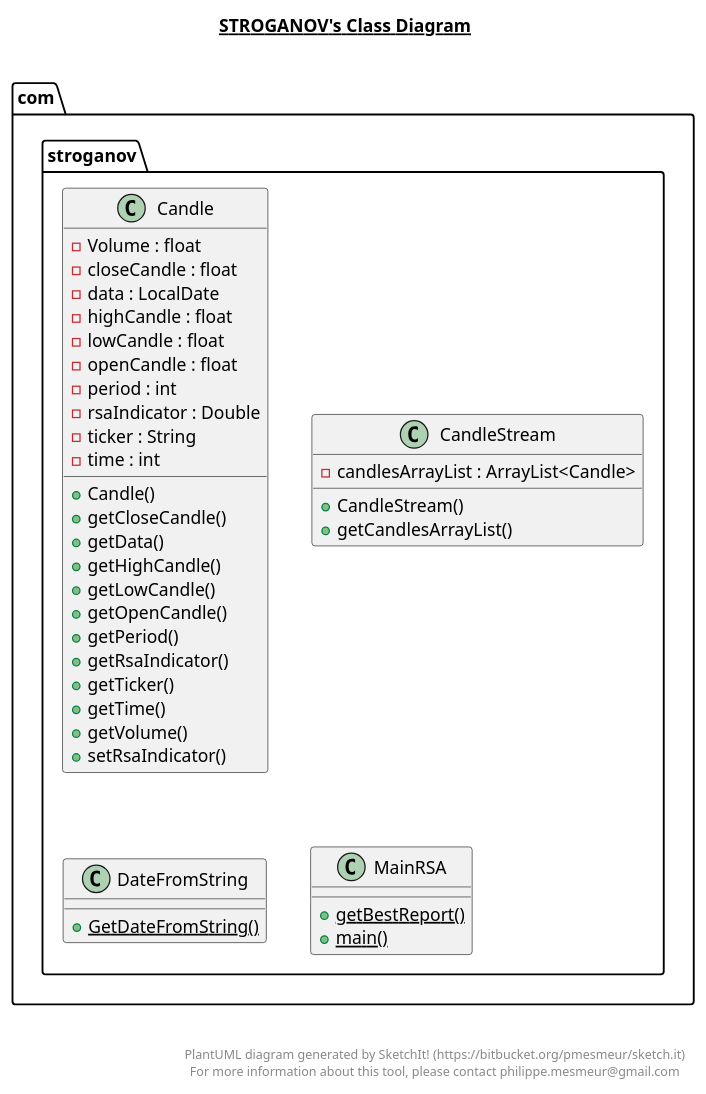
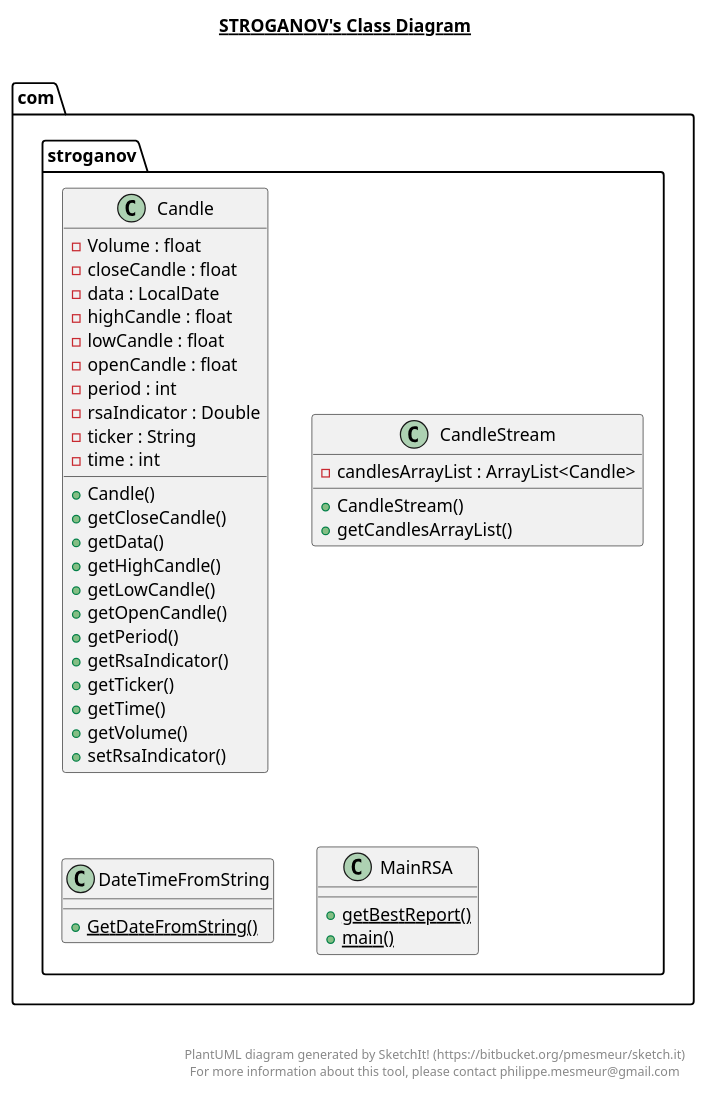
One commit to SergeyStroganoff/TradeRobot changed the diagram in src/main/java/com/stroganov/stroganov.plantuml. Above: the diagram before and after it, drawn with PlantUML. The commit also changed 22 other files, not shown here.

```diff
--- a/src/main/java/com/stroganov/stroganov.plantuml
+++ b/src/main/java/com/stroganov/stroganov.plantuml
@@ -1,66 +1,66 @@
 @startuml
 
 title __STROGANOV's Class Diagram__\n
 
   namespace com.stroganov {
     class com.stroganov.Candle {
         - Volume : float
         - closeCandle : float
         - data : LocalDate
         - highCandle : float
         - lowCandle : float
         - openCandle : float
         - period : int
         - rsaIndicator : Double
         - ticker : String
         - time : int
         + Candle()
         + getCloseCandle()
         + getData()
         + getHighCandle()
         + getLowCandle()
         + getOpenCandle()
         + getPeriod()
         + getRsaIndicator()
         + getTicker()
         + getTime()
         + getVolume()
         + setRsaIndicator()
     }
   }
   
 
   namespace com.stroganov {
     class com.stroganov.CandleStream {
         - candlesArrayList : ArrayList<Candle>
         + CandleStream()
         + getCandlesArrayList()
     }
   }
   
 
   namespace com.stroganov {
-    class com.stroganov.DateFromString {
+    class com.stroganov.DateTimeFromString {
         {static} + GetDateFromString()
     }
   }
   
 
   namespace com.stroganov {
     class com.stroganov.MainRSA {
         {static} + getBestReport()
         {static} + main()
     }
   }
   
 
 
 
 right footer
 
 
 PlantUML diagram generated by SketchIt! (https://bitbucket.org/pmesmeur/sketch.it)
 For more information about this tool, please contact philippe.mesmeur@gmail.com
 endfooter
 
 @enduml
```
